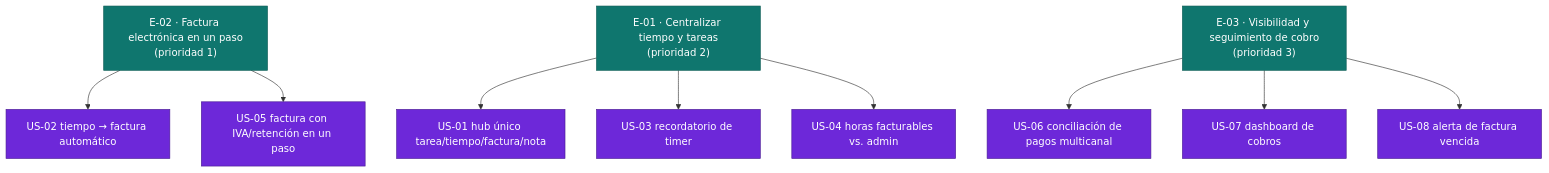
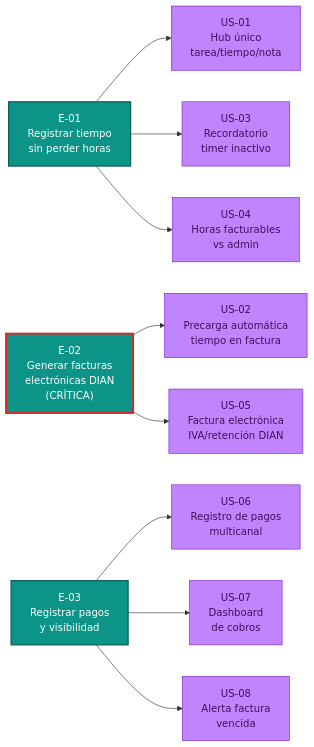
Before and after one commit to miguesj-hub/agile_delivery_team: the diagram in deliveries/freelancer-tools/outputs/epics.md, drawn with Mermaid. The commit also changed other lines of this file and 9 other files, not shown here.

````diff
--- a/deliveries/freelancer-tools/outputs/epics.md
+++ b/deliveries/freelancer-tools/outputs/epics.md
@@ -84,21 +57,25 @@
 ```mermaid
-flowchart TD
-  classDef epic fill:#0F766E,color:#fff,stroke:#0B5B54;
-  classDef ready fill:#0F766E,color:#fff,stroke:#0B5B54;
-  classDef refine fill:#6D28D9,color:#fff,stroke:#4C1D95;
+graph LR
+    classDef epic fill:#0D9488,color:#fff,stroke:#115E59,stroke-width:2px;
+    classDef storyReady fill:#86EFAC,color:#022C22,stroke:#15803D;
+    classDef storyRefining fill:#C084FC,color:#3F0F5C,stroke:#7E22CE;
 
-  E02["E-02 · Factura electrónica en un paso\n(prioridad 1)"]:::epic
-  E01["E-01 · Centralizar tiempo y tareas\n(prioridad 2)"]:::epic
-  E03["E-03 · Visibilidad y seguimiento de cobro\n(prioridad 3)"]:::epic
+    E1["E-01<br/>Registrar tiempo<br/>sin perder horas"]:::epic
+    E2["E-02<br/>Generar facturas<br/>electrónicas DIAN<br/>(CRÍTICA)"]:::epic
+    E3["E-03<br/>Registrar pagos<br/>y visibilidad"]:::epic
 
-  E02 --> US02["US-02 tiempo → factura automático"]:::refine
-  E02 --> US05["US-05 factura con IVA/retención en un paso"]:::refine
+    E1 --> US1["US-01<br/>Hub único<br/>tarea/tiempo/nota"]:::storyRefining
+    E1 --> US3["US-03<br/>Recordatorio<br/>timer inactivo"]:::storyRefining
+    E1 --> US4["US-04<br/>Horas facturables<br/>vs admin"]:::storyRefining
 
-  E01 --> US01["US-01 hub único tarea/tiempo/factura/nota"]:::refine
-  E01 --> US03["US-03 recordatorio de timer"]:::refine
-  E01 --> US04["US-04 horas facturables vs. admin"]:::refine
+    E2 --> US2["US-02<br/>Precarga automática<br/>tiempo en factura"]:::storyRefining
+    E2 --> US5["US-05<br/>Factura electrónica<br/>IVA/retención DIAN"]:::storyRefining
 
-  E03 --> US06["US-06 conciliación de pagos multicanal"]:::refine
-  E03 --> US07["US-07 dashboard de cobros"]:::refine
-  E03 --> US08["US-08 alerta de factura vencida"]:::refine
+    E3 --> US6["US-06<br/>Registro de pagos<br/>multicanal"]:::storyRefining
+    E3 --> US7["US-07<br/>Dashboard<br/>de cobros"]:::storyRefining
+    E3 --> US8["US-08<br/>Alerta factura<br/>vencida"]:::storyRefining
+
+    style E1 stroke:#115E59,stroke-width:2px
+    style E2 stroke:#DC2626,stroke-width:3px
+    style E3 stroke:#115E59,stroke-width:2px
 ```
````
